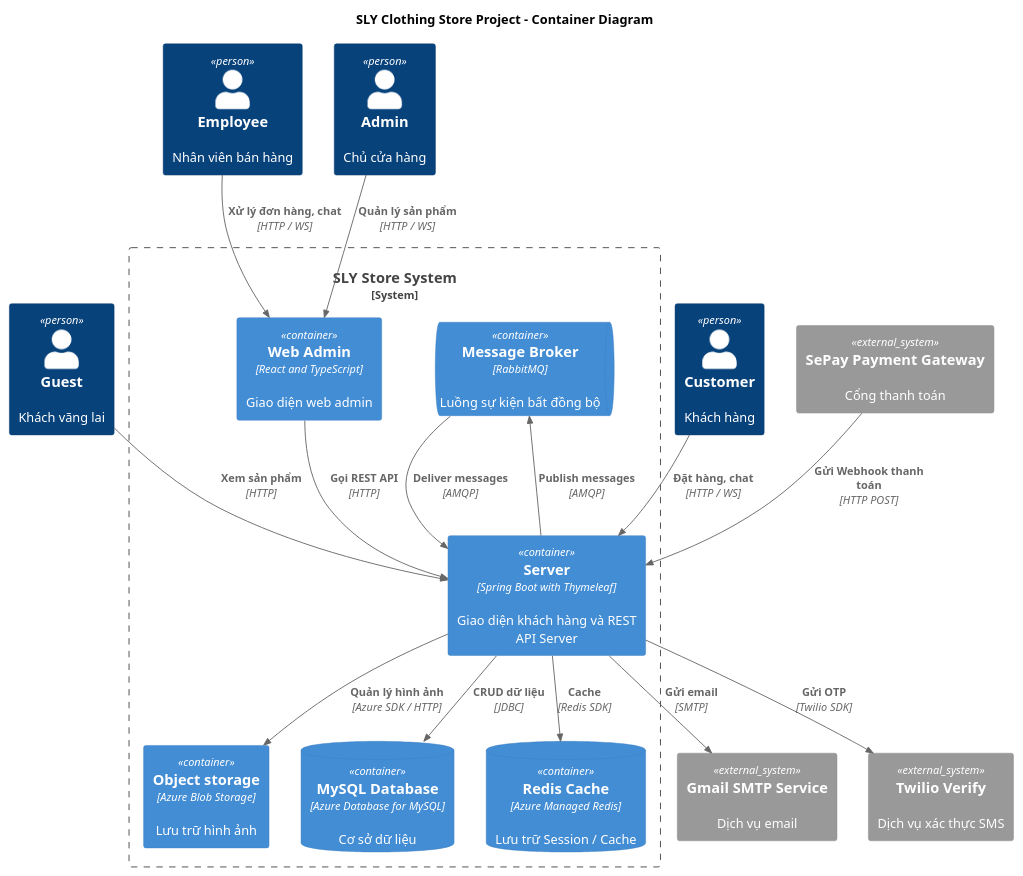
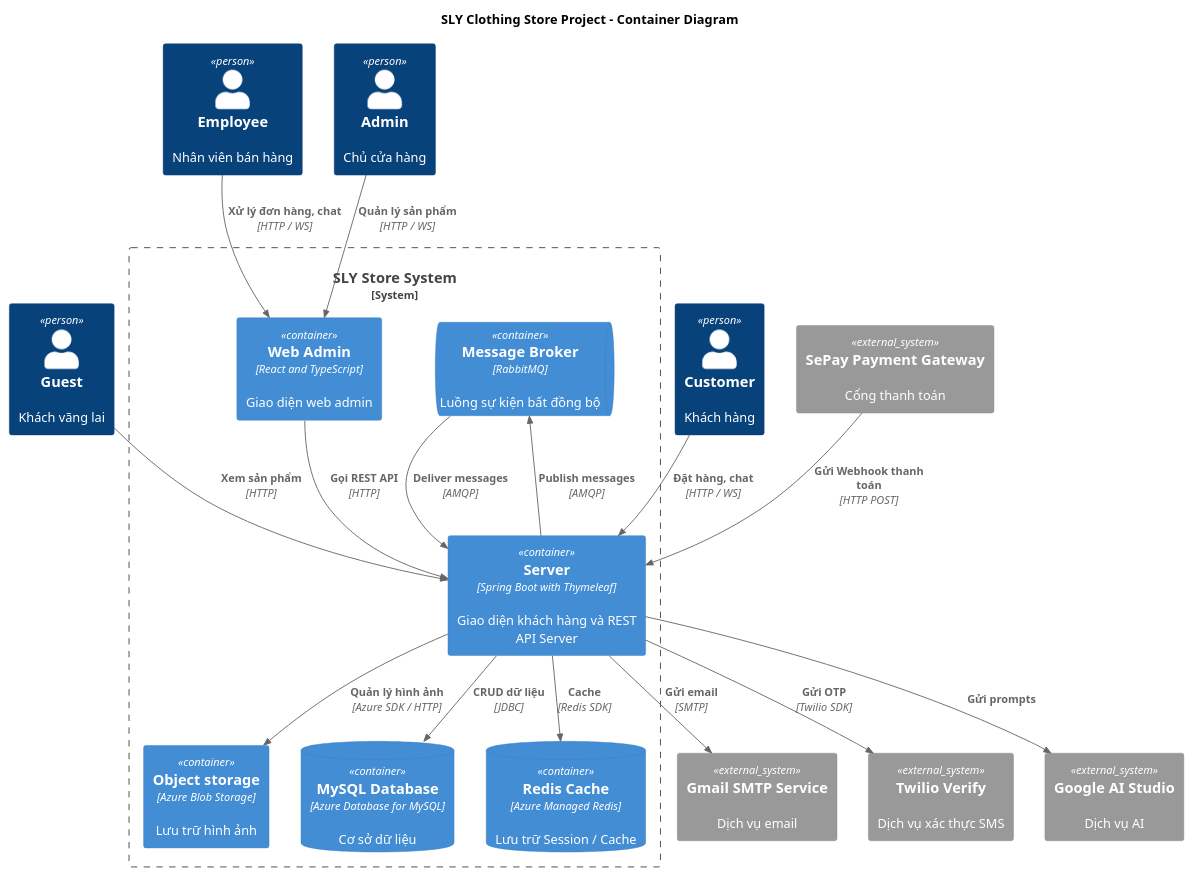
Before and after one commit to ptus04/store-project: the diagram in .docs/C4Model-Container.puml, drawn with PlantUML. The commit also changed 2 other files, not shown here.

```diff
--- a/.docs/C4Model-Container.puml
+++ b/.docs/C4Model-Container.puml
@@ -1,41 +1,43 @@
 @startuml
 !include <C4/C4_Container>
 
 title SLY Clothing Store Project - Container Diagram
 
 Person(guest, "Guest", "Khách vãng lai")
 Person(customer, "Customer", "Khách hàng")
 Person(employee, "Employee", "Nhân viên bán hàng")
 Person(admin, "Admin", "Chủ cửa hàng")
 
 System_Boundary(storeSystem, "SLY Store System") {
     Container(webAdmin, "Web Admin", "React and TypeScript", "Giao diện web admin")
     Container(server, "Server", "Spring Boot with Thymeleaf", "Giao diện khách hàng và REST API Server")
 
     Container(azureBlob, "Object storage", "Azure Blob Storage", "Lưu trữ hình ảnh")
     ContainerDb(azureMySQL, "MySQL Database", "Azure Database for MySQL", "Cơ sở dữ liệu")
     ContainerDb(azureRedis, "Redis Cache", "Azure Managed Redis", "Lưu trữ Session / Cache")
     ContainerQueue(rabbitMq, "Message Broker", "RabbitMQ", "Luồng sự kiện bất đồng bộ")
 }
 
 System_Ext(sepay, "SePay Payment Gateway", "Cổng thanh toán")
 System_Ext(gmail, "Gmail SMTP Service", "Dịch vụ email")
 System_Ext(twilio, "Twilio Verify", "Dịch vụ xác thực SMS")
+System_Ext(googleAi, "Google AI Studio", "Dịch vụ AI")
 
 Rel(webAdmin, server, "Gọi REST API", "HTTP")
 
 Rel(guest, server, "Xem sản phẩm", "HTTP")
 Rel(customer, server, "Đặt hàng, chat", "HTTP / WS")
 Rel(employee, webAdmin, "Xử lý đơn hàng, chat", "HTTP / WS")
 Rel(admin, webAdmin, "Quản lý sản phẩm", "HTTP / WS")
 
 Rel(server, azureBlob, "Quản lý hình ảnh", "Azure SDK / HTTP")
 Rel(server, azureRedis, "Cache", "Redis SDK")
 Rel(server, azureMySQL, "CRUD dữ liệu", "JDBC")
 Rel(server, gmail, "Gửi email", "SMTP")
 Rel(server, twilio, "Gửi OTP", "Twilio SDK")
 Rel(server, rabbitMq, "Publish messages", "AMQP")
 Rel_R(rabbitMq, server, "Deliver messages", "AMQP")
+Rel(server, googleAi, "Gửi prompts")
 
 Rel(sepay, server, "Gửi Webhook thanh toán", "HTTP POST")
 @enduml
```
